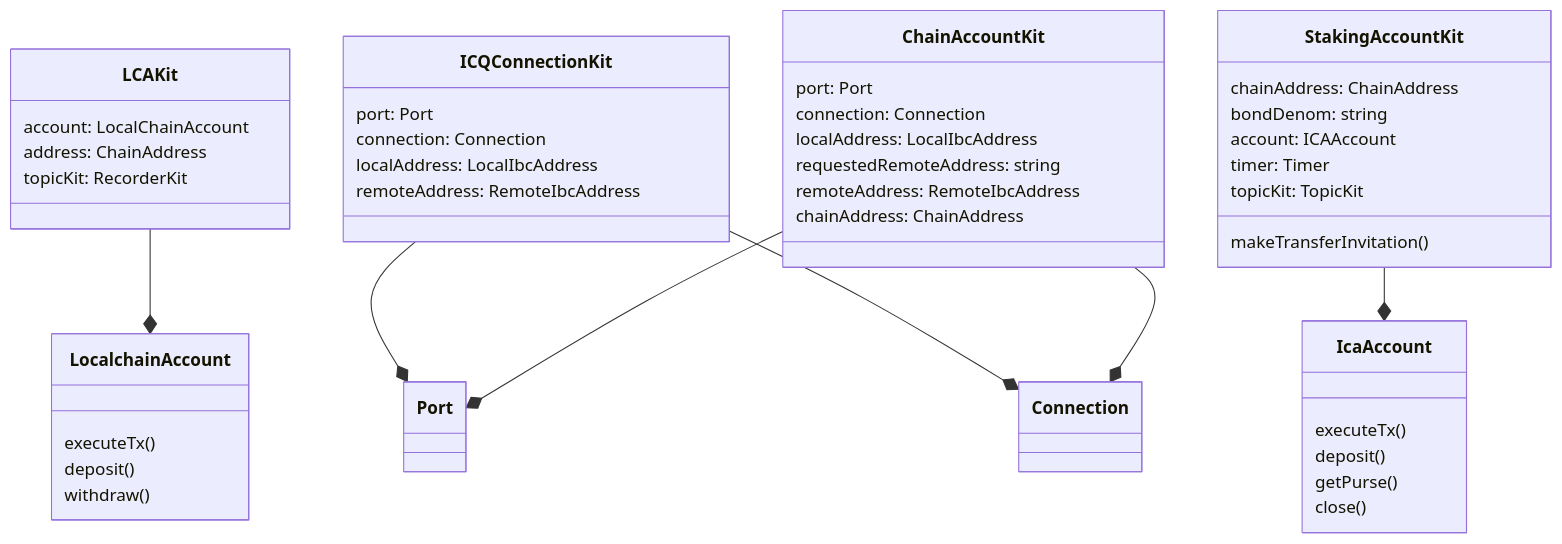
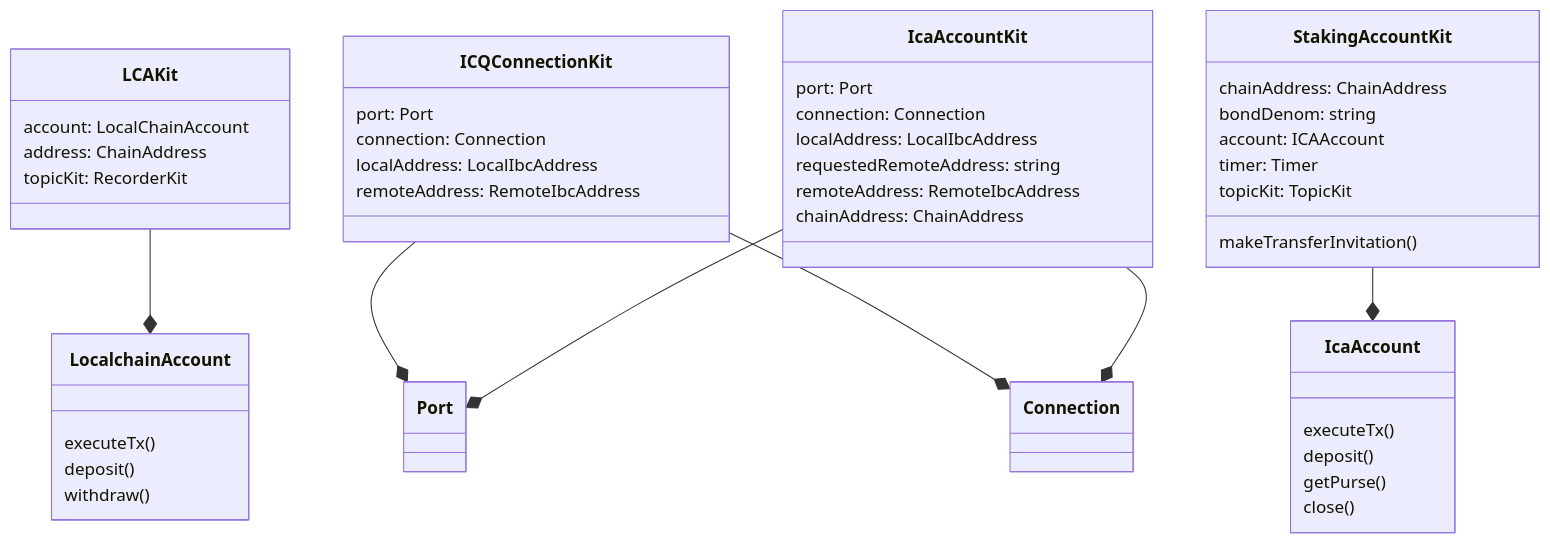
Before and after one commit to Agoric/agoric-sdk: the diagram in packages/orchestration/src/exos/README.md, drawn with Mermaid. The commit also changed 8 other files, not shown here.

First line of the commit message:
refactor: rename ChainAccountKit -> IcaAccountKit

````diff
--- a/packages/orchestration/src/exos/README.md
+++ b/packages/orchestration/src/exos/README.md
@@ -5,52 +5,52 @@
 ```mermaid
 classDiagram
 
 %% Orchestration vat business logic (Zoe)
     LCAKit --* LocalchainAccount
     ICQConnectionKit --* Port
     ICQConnectionKit --* Connection
-    ChainAccountKit --* Port
-    ChainAccountKit --* Connection
+    IcaAccountKit --* Port
+    IcaAccountKit --* Connection
     StakingAccountKit --* IcaAccount
 
-    class ChainAccountKit {
+    class IcaAccountKit {
       port: Port
       connection: Connection
       localAddress: LocalIbcAddress
       requestedRemoteAddress: string
       remoteAddress: RemoteIbcAddress
       chainAddress: ChainAddress
     }
     class ICQConnectionKit {
       port: Port
       connection: Connection
       localAddress: LocalIbcAddress
       remoteAddress: RemoteIbcAddress
     }
     class StakingAccountKit {
       chainAddress: ChainAddress 
       bondDenom: string 
       account: ICAAccount 
       timer: Timer
       topicKit: TopicKit
       makeTransferInvitation()
     }
 
 %% In other vats
     class LCAKit {
         account: LocalChainAccount
         address: ChainAddress
         topicKit: RecorderKit<LocalChainAccountNotification>
     }
     class LocalchainAccount {
         executeTx()
         deposit()
         withdraw()
     }
     class IcaAccount {
         executeTx()
         deposit()
         getPurse()
         close()
     }
 ```
````
